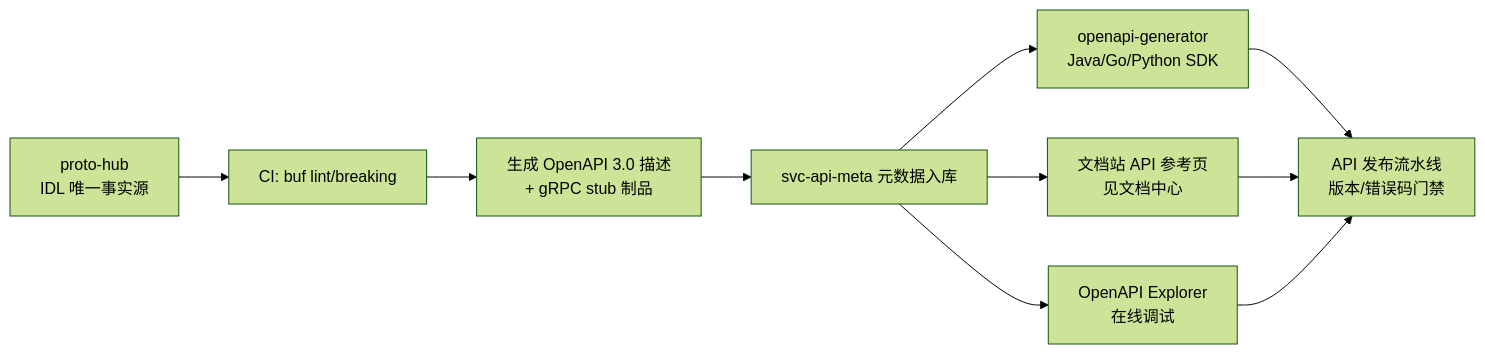
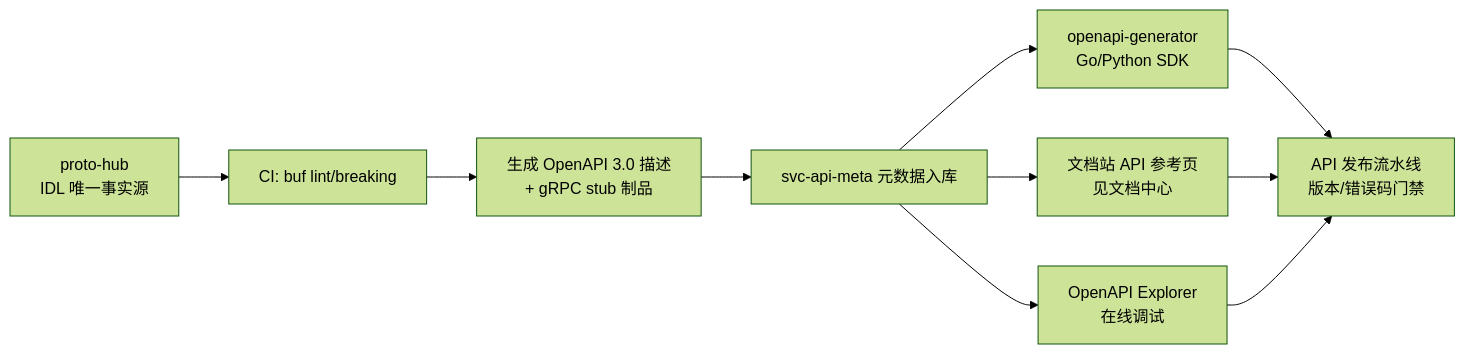
One commit to qifalab/euler-platform changed the seventh of 7 diagrams in docs/architecture/03-backend-services.md. Above: the diagram before and after it, drawn with Mermaid (forest theme). The commit also changed other lines of this file and 318 other files, not shown here.

````diff
--- a/docs/architecture/03-backend-services.md
+++ b/docs/architecture/03-backend-services.md
@@ -1051,10 +1047,10 @@
 ```mermaid
 flowchart LR
     A[proto-hub<br/>IDL 唯一事实源] --> B[CI: buf lint/breaking]
     B --> C[生成 OpenAPI 3.0 描述<br/>+ gRPC stub 制品]
     C --> D[svc-api-meta 元数据入库]
-    D --> E1[openapi-generator<br/>Java/Go/Python SDK]
+    D --> E1[openapi-generator<br/>Go/Python SDK]
     D --> E2[文档站 API 参考页<br/>见文档中心]
     D --> E3[OpenAPI Explorer<br/>在线调试]
     E1 & E2 & E3 --> F[API 发布流水线<br/>版本/错误码门禁]
 ```
````
